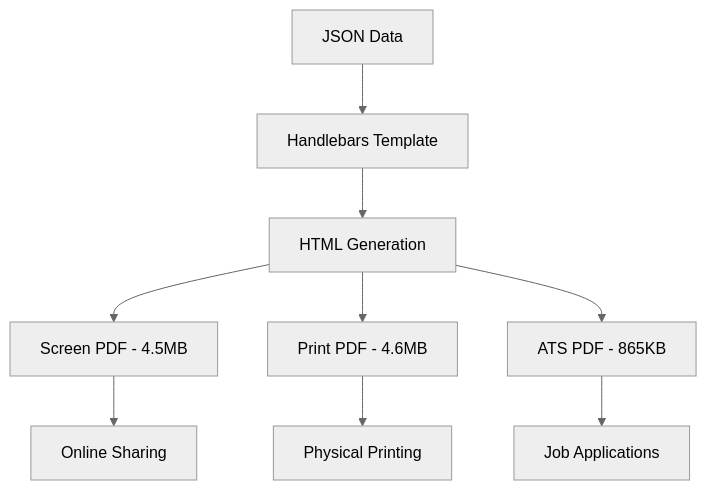
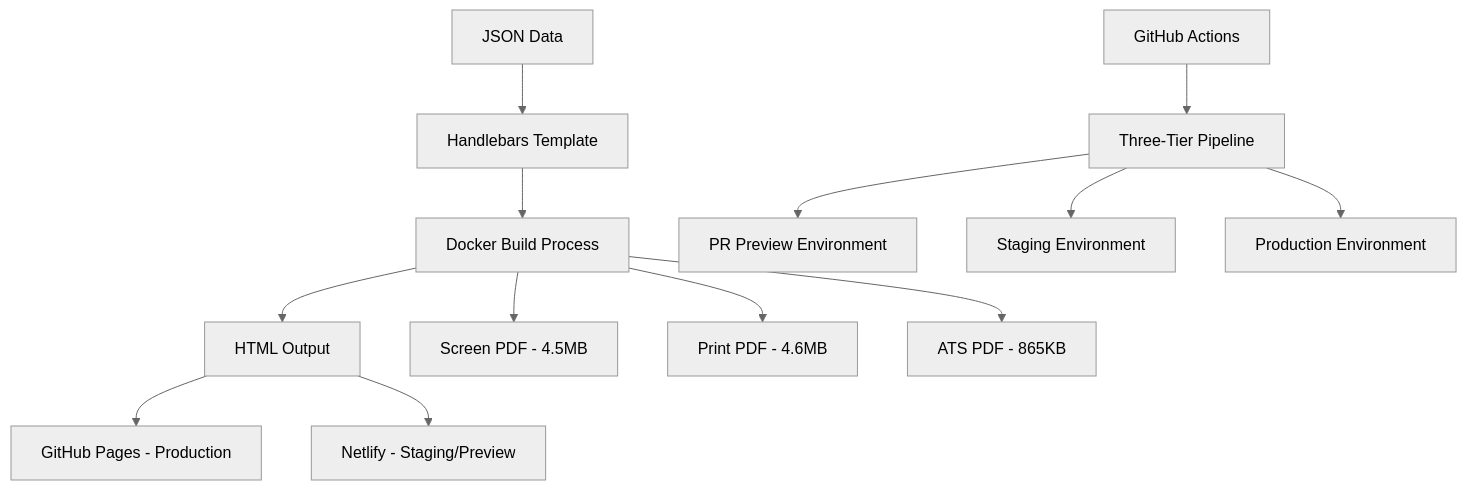
Before and after one commit to rafilkmp3/resume-as-code: the diagram in README.md, drawn with Mermaid (neutral theme). The commit also changed other lines of this file and 3 other files, not shown here.

````diff
--- a/README.md
+++ b/README.md
@@ -77,12 +29,17 @@
 ```mermaid
-graph TD
+graph TB
     A[JSON Data] --> B[Handlebars Template]
-    B --> C[HTML Generation]
-    C --> D[Screen PDF - 4.5MB]
-    C --> E[Print PDF - 4.6MB]
-    C --> F[ATS PDF - 865KB]
-
-    D --> G[Online Sharing]
-    E --> H[Physical Printing]
-    F --> I[Job Applications]
+    B --> C[Docker Build Process]
+    C --> D[HTML Output]
+    C --> E[Screen PDF - 4.5MB]
+    C --> F[Print PDF - 4.6MB] 
+    C --> G[ATS PDF - 865KB]
+    
+    D --> H[GitHub Pages - Production]
+    D --> I[Netlify - Staging/Preview]
+    
+    J[GitHub Actions] --> K[Three-Tier Pipeline]
+    K --> L[PR Preview Environment]
+    K --> M[Staging Environment]
+    K --> N[Production Environment]
 ```
````
